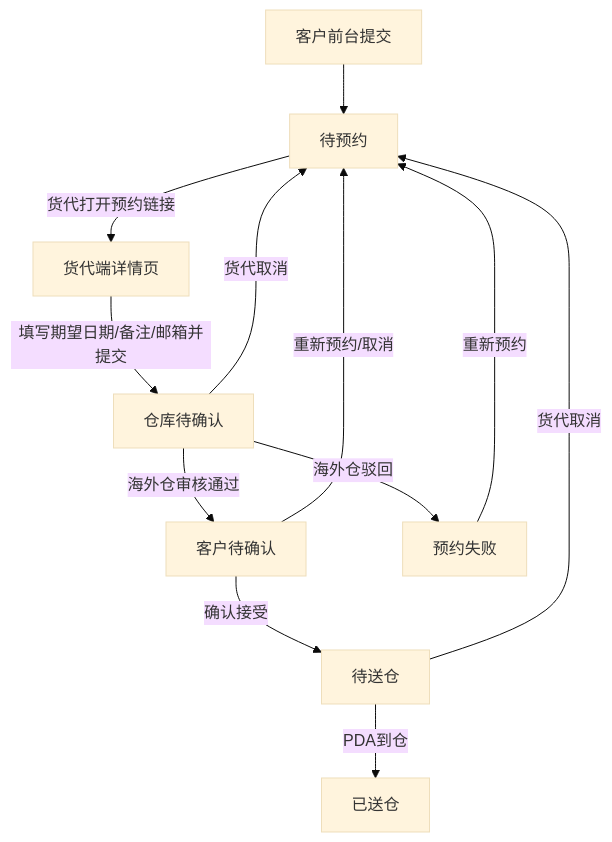
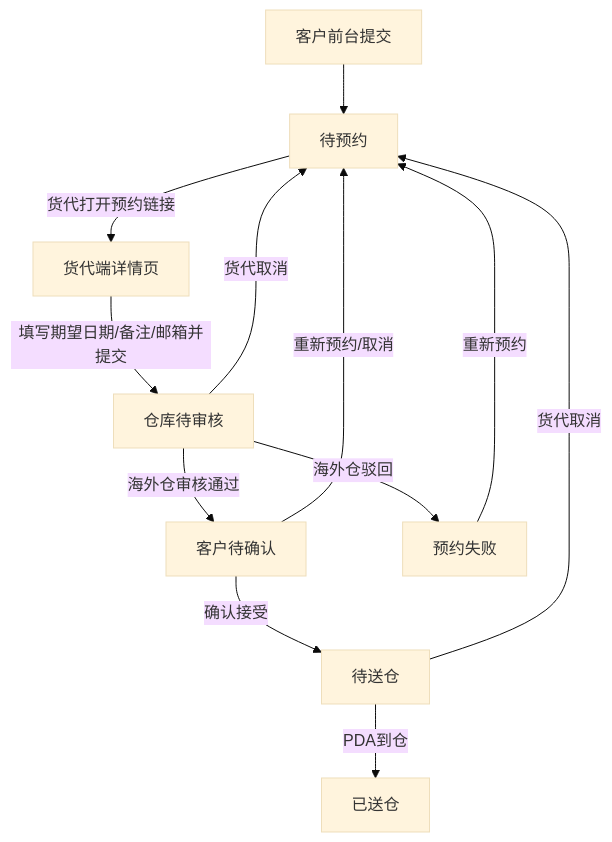
One commit to changkimfung/WedoBooking changed the diagram in docs/货代端预约送仓需求文档.md. Above: the diagram before and after it, drawn with Mermaid (base theme). The commit also changed other lines of this file and 181 other files, not shown here.

````diff
--- a/docs/货代端预约送仓需求文档.md
+++ b/docs/货代端预约送仓需求文档.md
@@ -69,14 +73,14 @@
 ```mermaid
 flowchart TD
     A[客户前台提交] --> B[待预约]
     B -->|货代打开预约链接| C[货代端详情页]
-    C -->|填写期望日期/备注/邮箱并提交| D[仓库待确认]
+    C -->|填写期望日期/备注/邮箱并提交| D[仓库待审核]
     D -->|海外仓审核通过| E[客户待确认]
     D -->|海外仓驳回| F[预约失败]
     E -->|确认接受| G[待送仓]
     E -->|重新预约/取消| B
     D -->|货代取消| B
     G -->|PDA到仓| H[已送仓]
     G -->|货代取消| B
     F -->|重新预约| B
 ```
````
